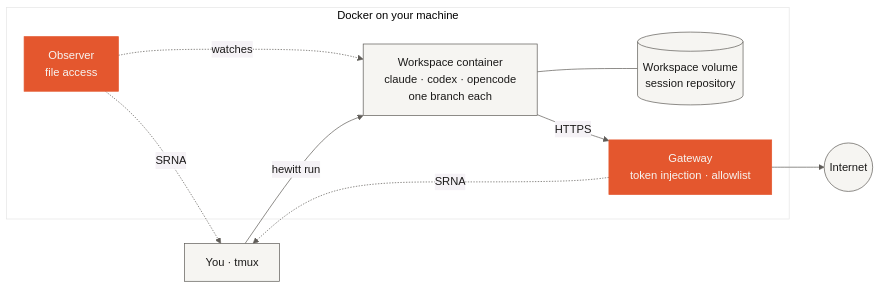
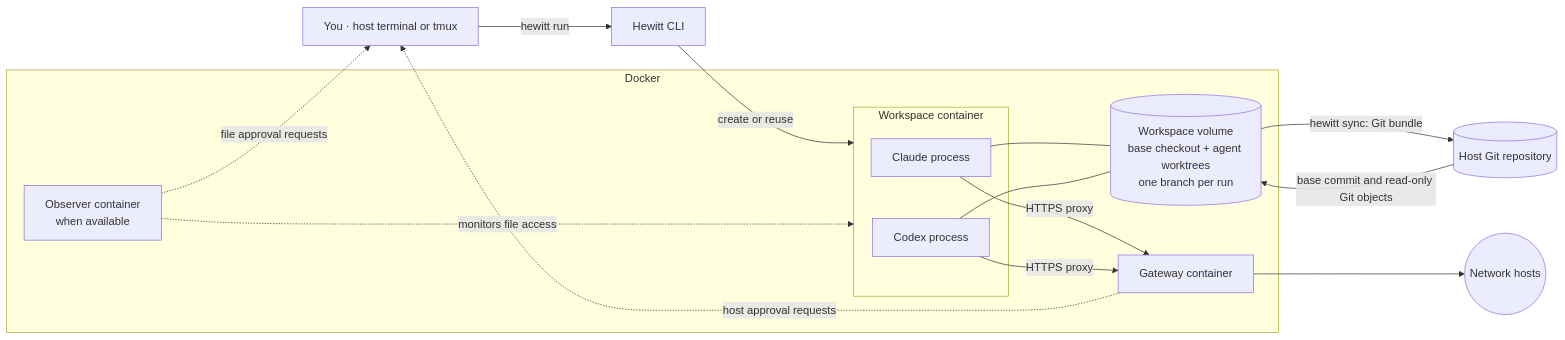
One commit to hewitt-iso/hewitt changed the diagram in README.md. Above: the diagram before and after it, drawn with Mermaid. The commit also changed other lines of this file, not shown here.

Commit message:
docs: describe the README's workspace, network, and file protections more precisely

````diff
--- a/README.md
+++ b/README.md
@@ -110,19 +109,25 @@
 ```mermaid
-%%{init: {"theme": "base", "themeVariables": {"primaryColor": "#F6F5F2", "primaryTextColor": "#1B1A19", "primaryBorderColor": "#5F5C58", "lineColor": "#5F5C58", "fontFamily": "Geist, ui-sans-serif, system-ui"}}}%%
 flowchart LR
-  you["You · tmux"] -->|"hewitt run"| ws
-  subgraph docker["Docker on your machine"]
-    ws["Workspace container<br/>claude · codex · opencode<br/>one branch each"]
-    gw["Gateway<br/>token injection · allowlist"]
-    ob["Observer<br/>file access"]
-    vol[("Workspace volume<br/>session repository")]
-    ws --- vol
-    ws -->|"HTTPS"| gw
-    ob -.->|"watches"| ws
+  user["You · host terminal or tmux"] -->|"hewitt run"| cli["Hewitt CLI"]
+  host[("Host Git repository")]
+  cli -->|"create or reuse"| ws
+  host -->|"base commit and read-only Git objects"| vol
+  subgraph docker["Docker"]
+    subgraph ws["Workspace container"]
+      a["Claude process"]
+      b["Codex process"]
+    end
+    vol[("Workspace volume<br/>base checkout + agent worktrees<br/>one branch per run")]
+    a --- vol
+    b --- vol
+    gw["Gateway container"]
+    ob["Observer container<br/>when available"]
+    a -->|"HTTPS proxy"| gw
+    b -->|"HTTPS proxy"| gw
+    ob -. "monitors file access" .-> ws
   end
-  gw --> net(("Internet"))
-  gw -. "SRNA" .-> you
-  ob -. "SRNA" .-> you
-  classDef accent fill:#E4572E,stroke:#E4572E,color:#F6F5F2
-  class gw,ob accent
+  gw --> internet(("Network hosts"))
+  gw -. "host approval requests" .-> user
+  ob -. "file approval requests" .-> user
+  vol -->|"hewitt sync: Git bundle"| host
 ```
````
